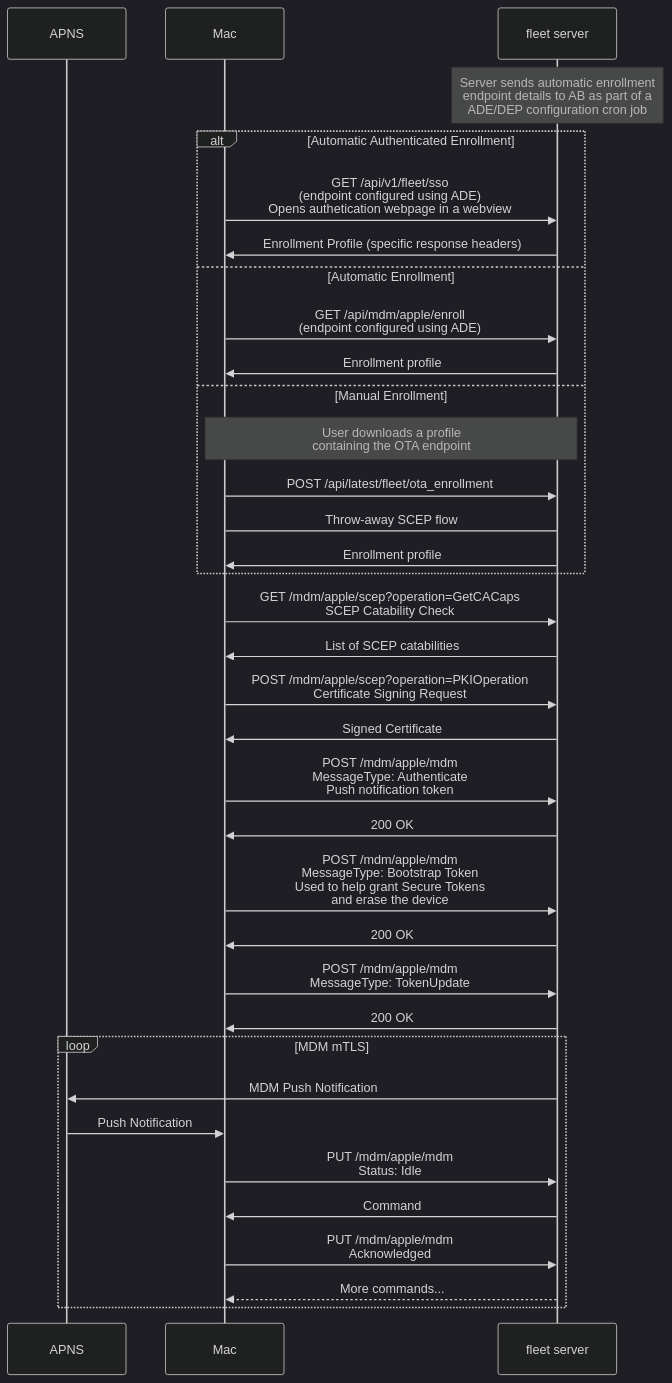
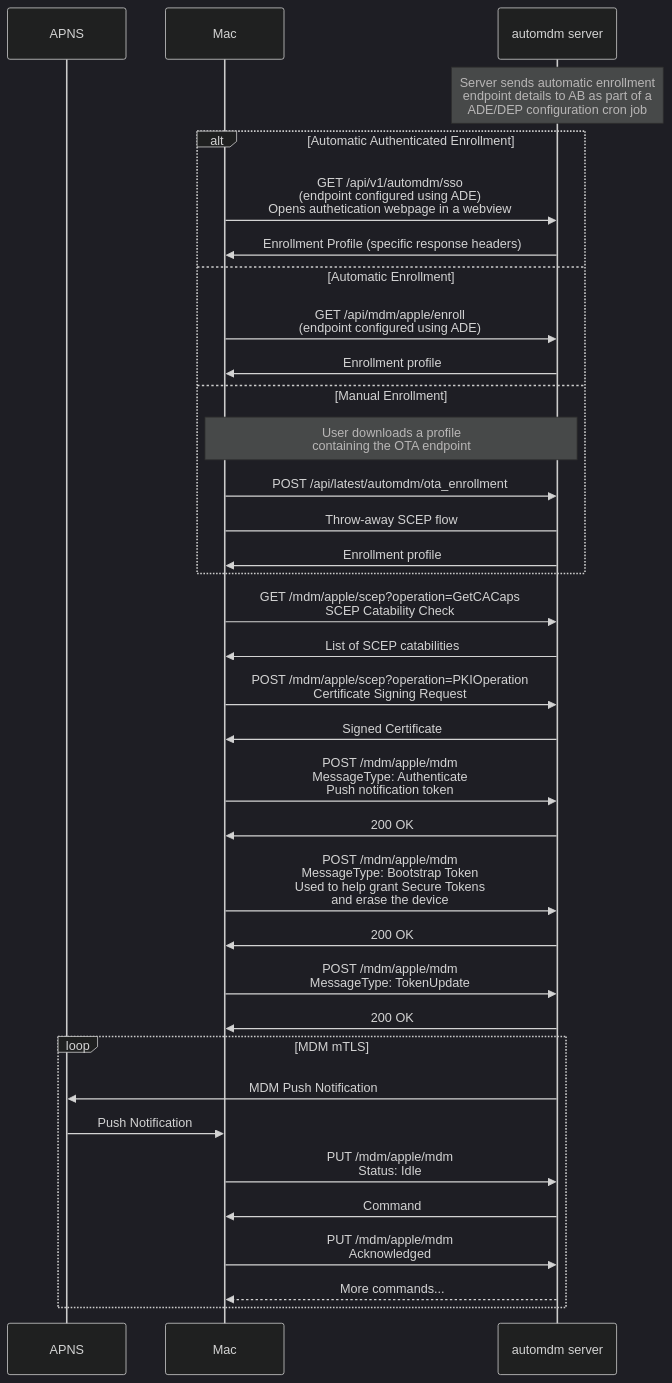
One commit to anilyagiz/AutoMDM changed the diagram in tools/mdm/apple/glossary-and-protocols.md. Above: the diagram before and after it, drawn with Mermaid (dark theme). The commit also changed other lines of this file and 7979 other files, not shown here.

````diff
--- a/tools/mdm/apple/glossary-and-protocols.md
+++ b/tools/mdm/apple/glossary-and-protocols.md
@@ -3,44 +3,44 @@
 ```mermaid
 sequenceDiagram
     participant apns as APNS
     participant mac as Mac
-    participant server as fleet server
+    participant server as automdm server
 
     note over server: Server sends automatic enrollment<br/>endpoint details to AB as part of a<br/>ADE/DEP configuration cron job
     alt Automatic Authenticated Enrollment
-        mac->>server: GET /api/v1/fleet/sso<br/>(endpoint configured using ADE)<br/>Opens authetication webpage in a webview
+        mac->>server: GET /api/v1/automdm/sso<br/>(endpoint configured using ADE)<br/>Opens authetication webpage in a webview
         server->>mac: Enrollment Profile (specific response headers)
     else Automatic Enrollment
         mac->>server: GET /api/mdm/apple/enroll<br/>(endpoint configured using ADE)
         server->>mac: Enrollment profile
     else Manual Enrollment
         note over mac,server: User downloads a profile<br/>containing the OTA endpoint
-        mac->>server: POST /api/latest/fleet/ota_enrollment
+        mac->>server: POST /api/latest/automdm/ota_enrollment
         mac->server: Throw-away SCEP flow
         server->>mac: Enrollment profile
     end
 
     mac->>server: GET /mdm/apple/scep?operation=GetCACaps<br/>SCEP Catability Check
     server->>mac: List of SCEP catabilities
 
     mac->>server: POST /mdm/apple/scep?operation=PKIOperation<br/>Certificate Signing Request
     server->>mac: Signed Certificate
 
     mac->>server: POST /mdm/apple/mdm<br/>MessageType: Authenticate<br/>Push notification token
     server->>mac: 200 OK
 
     mac->>server: POST /mdm/apple/mdm<br/>MessageType: Bootstrap Token<br/>Used to help grant Secure Tokens<br/>and erase the device
     server->>mac: 200 OK
 
     mac->>server: POST /mdm/apple/mdm<br/>MessageType: TokenUpdate
     server->>mac: 200 OK
 
     loop MDM mTLS
         server->>apns: MDM Push Notification
         apns->>mac: Push Notification
         mac->>server: PUT /mdm/apple/mdm<br/>Status: Idle
         server->>mac: Command
         mac->>server: PUT /mdm/apple/mdm<br/>Acknowledged
         server-->>mac: More commands...
     end
 ```
````
